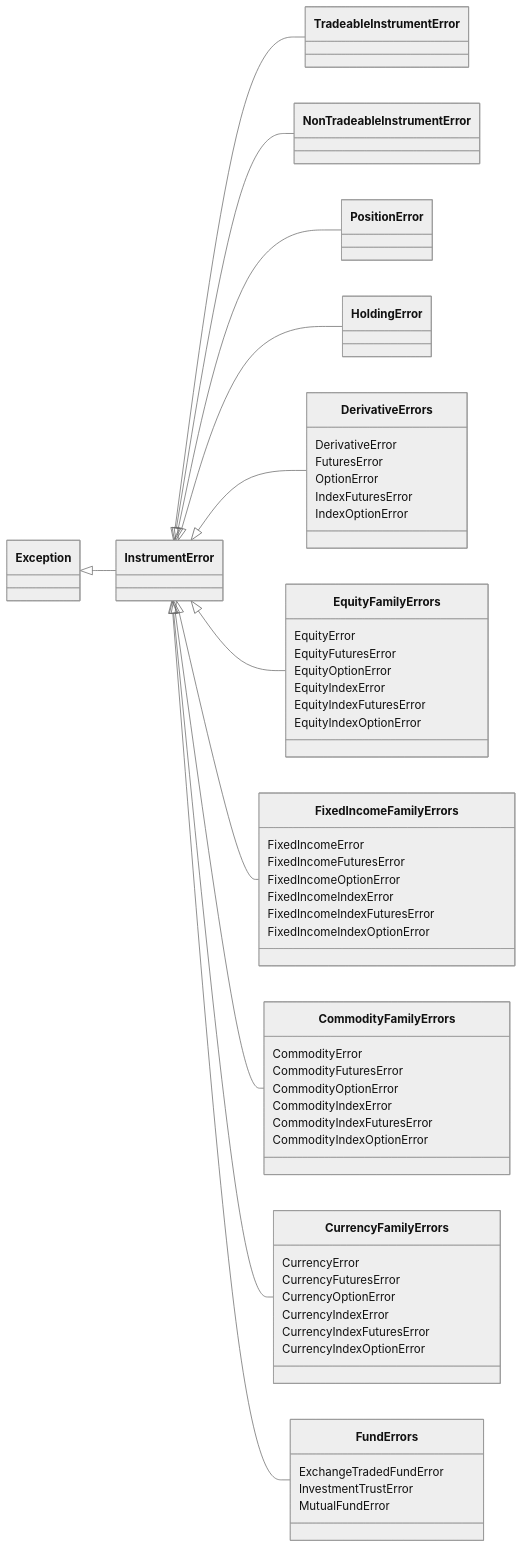
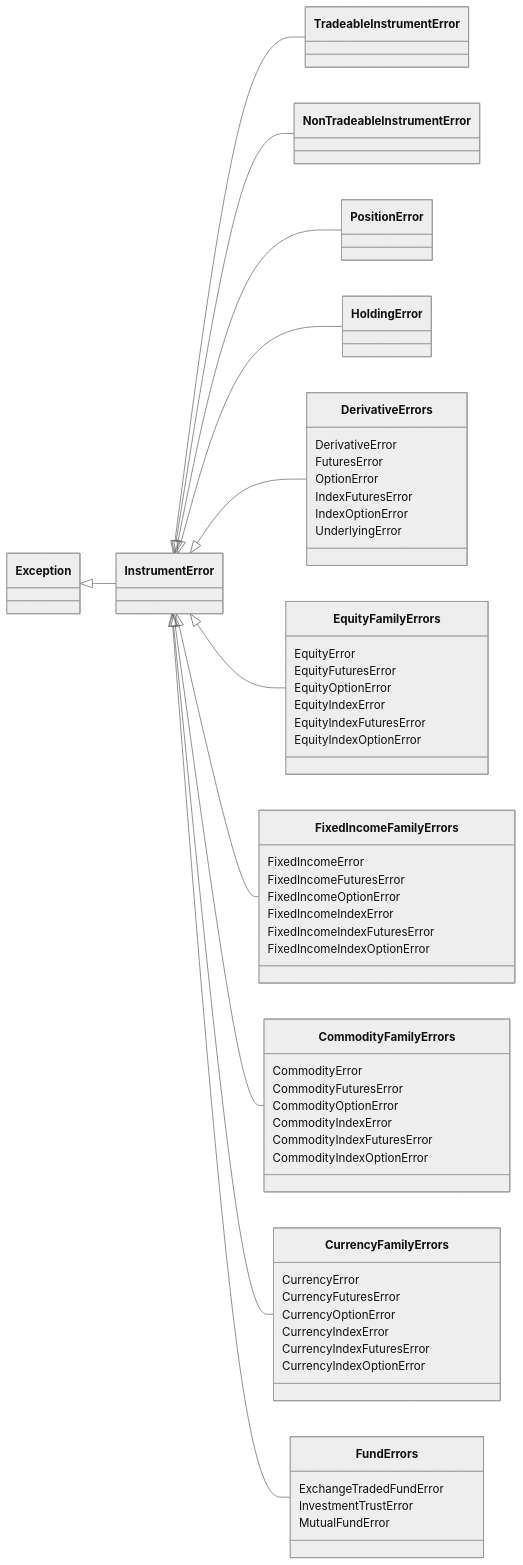
The second of 3 diagrams in docs/python-api/errors.md (pramodathani/tradingmachine), drawn with Mermaid (neutral theme) before and after one commit. The commit also changed other lines of this file and 8 other files, not shown here.

````diff
--- a/docs/python-api/errors.md
+++ b/docs/python-api/errors.md
@@ -47,59 +47,60 @@
 ```mermaid
 classDiagram
     direction LR
     Exception <|-- InstrumentError
     InstrumentError <|-- TradeableInstrumentError
     InstrumentError <|-- NonTradeableInstrumentError
     InstrumentError <|-- PositionError
     InstrumentError <|-- HoldingError
     InstrumentError <|-- DerivativeErrors
     InstrumentError <|-- EquityFamilyErrors
     InstrumentError <|-- FixedIncomeFamilyErrors
     InstrumentError <|-- CommodityFamilyErrors
     InstrumentError <|-- CurrencyFamilyErrors
     InstrumentError <|-- FundErrors
     class EquityFamilyErrors {
         EquityError
         EquityFuturesError
         EquityOptionError
         EquityIndexError
         EquityIndexFuturesError
         EquityIndexOptionError
     }
     class FixedIncomeFamilyErrors {
         FixedIncomeError
         FixedIncomeFuturesError
         FixedIncomeOptionError
         FixedIncomeIndexError
         FixedIncomeIndexFuturesError
         FixedIncomeIndexOptionError
     }
     class CommodityFamilyErrors {
         CommodityError
         CommodityFuturesError
         CommodityOptionError
         CommodityIndexError
         CommodityIndexFuturesError
         CommodityIndexOptionError
     }
     class CurrencyFamilyErrors {
         CurrencyError
         CurrencyFuturesError
         CurrencyOptionError
         CurrencyIndexError
         CurrencyIndexFuturesError
         CurrencyIndexOptionError
     }
     class DerivativeErrors {
         DerivativeError
         FuturesError
         OptionError
         IndexFuturesError
         IndexOptionError
+        UnderlyingError
     }
     class FundErrors {
         ExchangeTradedFundError
         InvestmentTrustError
         MutualFundError
     }
 ```
````
